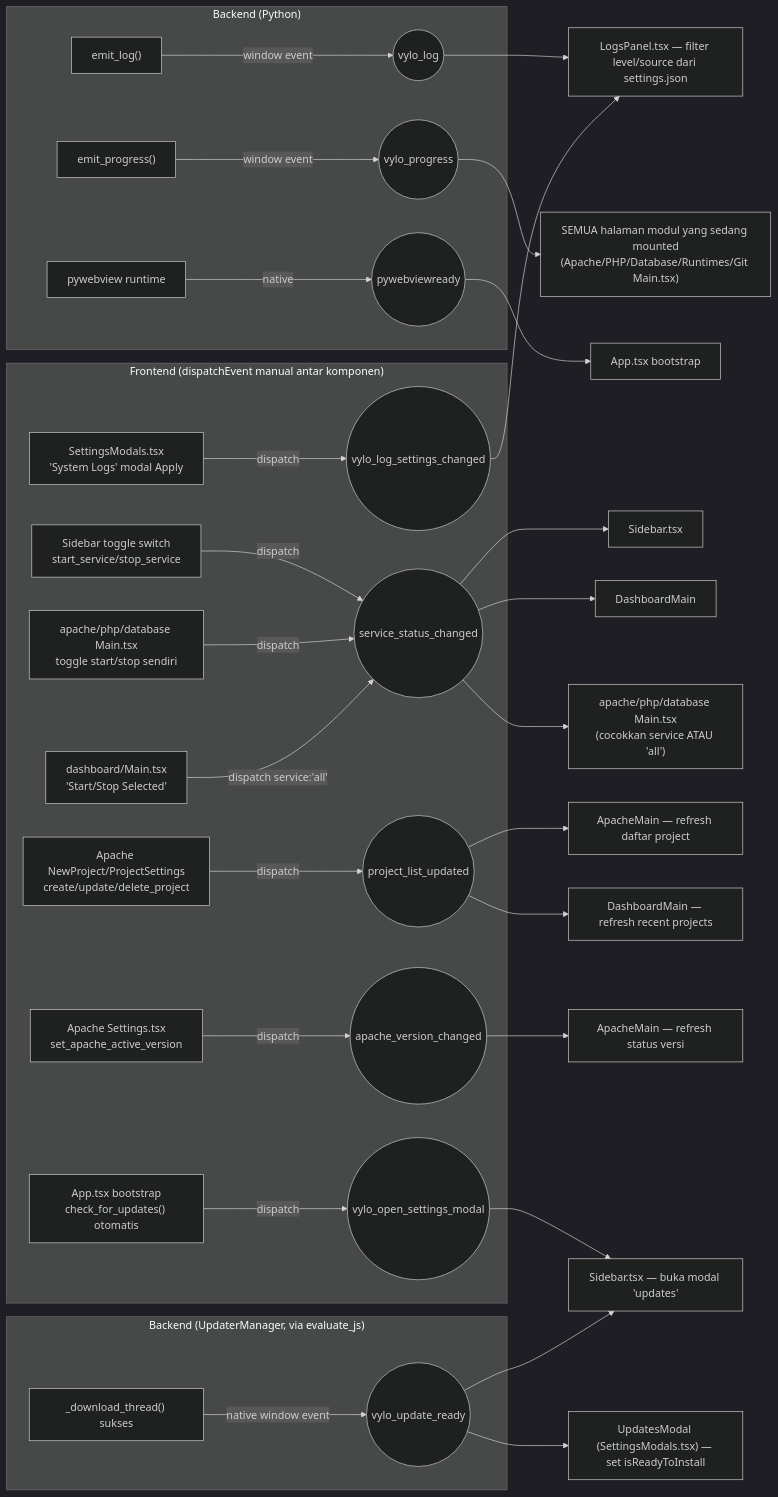
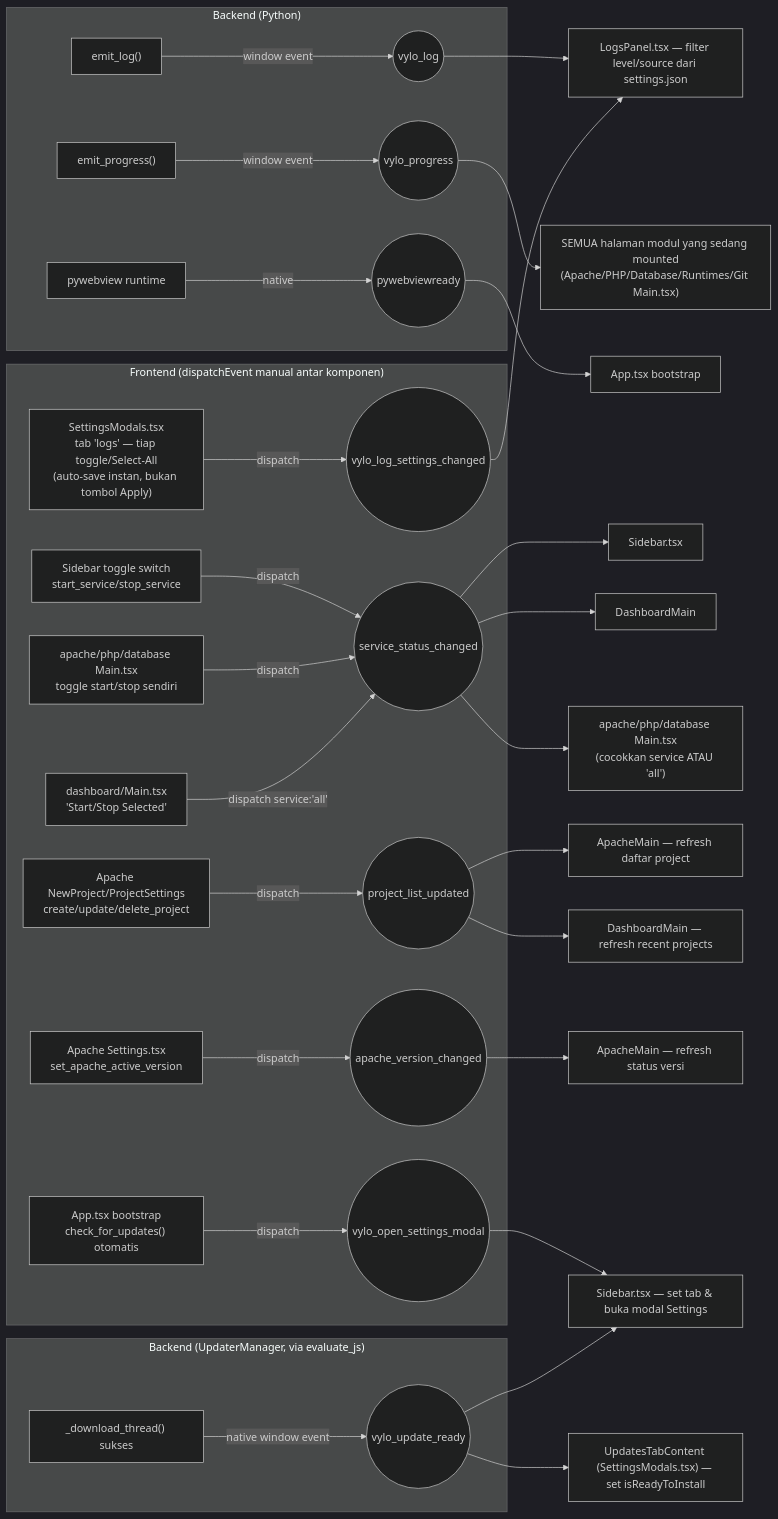
The third of 9 diagrams in docs/frontend_ui.md (authntcG/vyloserve), drawn with Mermaid (dark theme) before and after one commit. The commit also changed other lines of this file and 55 other files, not shown here.

````diff
--- a/docs/frontend_ui.md
+++ b/docs/frontend_ui.md
@@ -214,32 +230,32 @@
 ```mermaid
 flowchart LR
     subgraph Backend["Backend (Python)"]
         EL["emit_log()"] -->|window event| VLOG(("vylo_log"))
         EP["emit_progress()"] -->|window event| VPROG(("vylo_progress"))
         PWV["pywebview runtime"] -->|native| PWR(("pywebviewready"))
     end
 
     subgraph Frontend["Frontend (dispatchEvent manual antar komponen)"]
         SidebarToggle["Sidebar toggle switch<br/>start_service/stop_service"] -->|dispatch| SSC(("service_status_changed"))
         ModuleToggles["apache/php/database Main.tsx<br/>toggle start/stop sendiri"] -->|dispatch| SSC
         DashToggle["dashboard/Main.tsx<br/>'Start/Stop Selected'"] -->|dispatch service:'all'| SSC
         ApacheCRUD["Apache NewProject/ProjectSettings<br/>create/update/delete_project"] -->|dispatch| PLU(("project_list_updated"))
         ApacheSettings["Apache Settings.tsx<br/>set_apache_active_version"] -->|dispatch| AVC(("apache_version_changed"))
-        LogSettingsModal["SettingsModals.tsx<br/>'System Logs' modal Apply"] -->|dispatch| VLSC(("vylo_log_settings_changed"))
+        LogSettingsModal["SettingsModals.tsx<br/>tab 'logs' — tiap toggle/Select-All<br/>(auto-save instan, bukan tombol Apply)"] -->|dispatch| VLSC(("vylo_log_settings_changed"))
         AppStartupCheck["App.tsx bootstrap<br/>check_for_updates() otomatis"] -->|dispatch| VOSM(("vylo_open_settings_modal"))
     end
 
     subgraph BackendUpdater["Backend (UpdaterManager, via evaluate_js)"]
         DLThread["_download_thread() sukses"] -->|native window event| VUR(("vylo_update_ready"))
     end
 
     VLOG --> LogsPanel[LogsPanel.tsx — filter level/source dari settings.json]
     VPROG --> AllPages["SEMUA halaman modul yang sedang mounted<br/>(Apache/PHP/Database/Runtimes/Git Main.tsx)"]
     PWR --> App[App.tsx bootstrap]
     SSC --> Sidebar2[Sidebar.tsx] & Dashboard2[DashboardMain] & ModulePages["apache/php/database Main.tsx<br/>(cocokkan service ATAU 'all')"]
     PLU --> ApacheMain2[ApacheMain — refresh daftar project] & Dashboard3[DashboardMain — refresh recent projects]
     AVC --> ApacheMain3[ApacheMain — refresh status versi]
     VLSC --> LogsPanel
-    VOSM --> Sidebar3["Sidebar.tsx — buka modal 'updates'"]
-    VUR --> Sidebar3 & UpdatesModal2["UpdatesModal (SettingsModals.tsx) — set isReadyToInstall"]
+    VOSM --> Sidebar3["Sidebar.tsx — set tab & buka modal Settings"]
+    VUR --> Sidebar3 & UpdatesModal2["UpdatesTabContent (SettingsModals.tsx) — set isReadyToInstall"]
 ```
````
